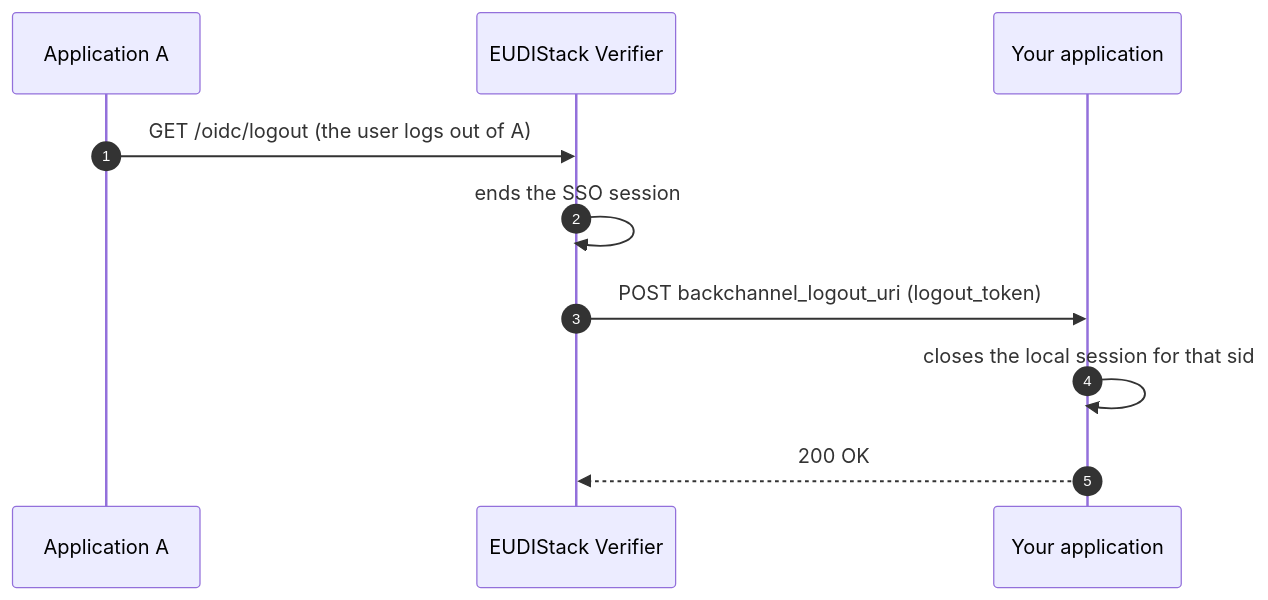
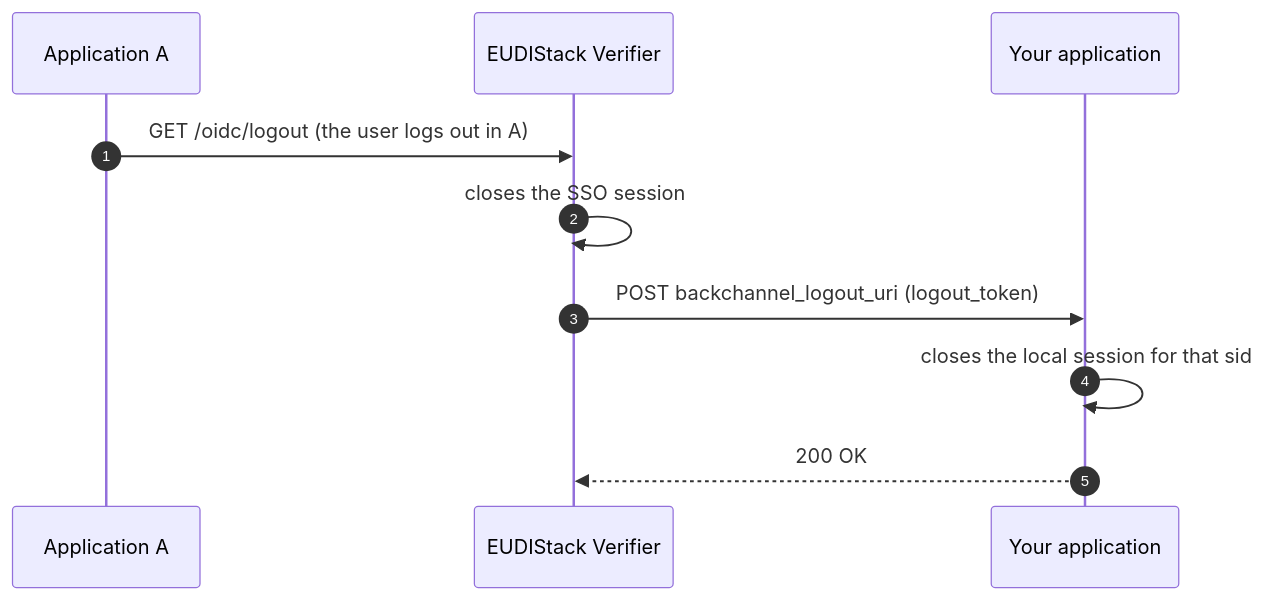
One commit to in2workspace/eudistack-platform-docs changed the third of 3 diagrams in docs/developers/guides/sso-multi-app.en.md. Above: the diagram before and after it, drawn with Mermaid. The commit also changed other lines of this file and 10 other files, not shown here.

First line of the commit message:
docs(sso): step-by-step SSO guide aligned with Verifier 3.4.1, retire the admin page

````diff
--- a/docs/developers/guides/sso-multi-app.en.md
+++ b/docs/developers/guides/sso-multi-app.en.md
@@ -199,13 +294,13 @@
 ```mermaid
 sequenceDiagram
     autonumber
     participant AppA as Application A
     participant Verifier as EUDIStack Verifier
     participant AppB as Your application
 
-    AppA->>Verifier: GET /oidc/logout (the user logs out of A)
-    Verifier->>Verifier: ends the SSO session
+    AppA->>Verifier: GET /oidc/logout (the user logs out in A)
+    Verifier->>Verifier: closes the SSO session
     Verifier->>AppB: POST backchannel_logout_uri (logout_token)
     AppB->>AppB: closes the local session for that sid
     AppB-->>Verifier: 200 OK
 ```
````
